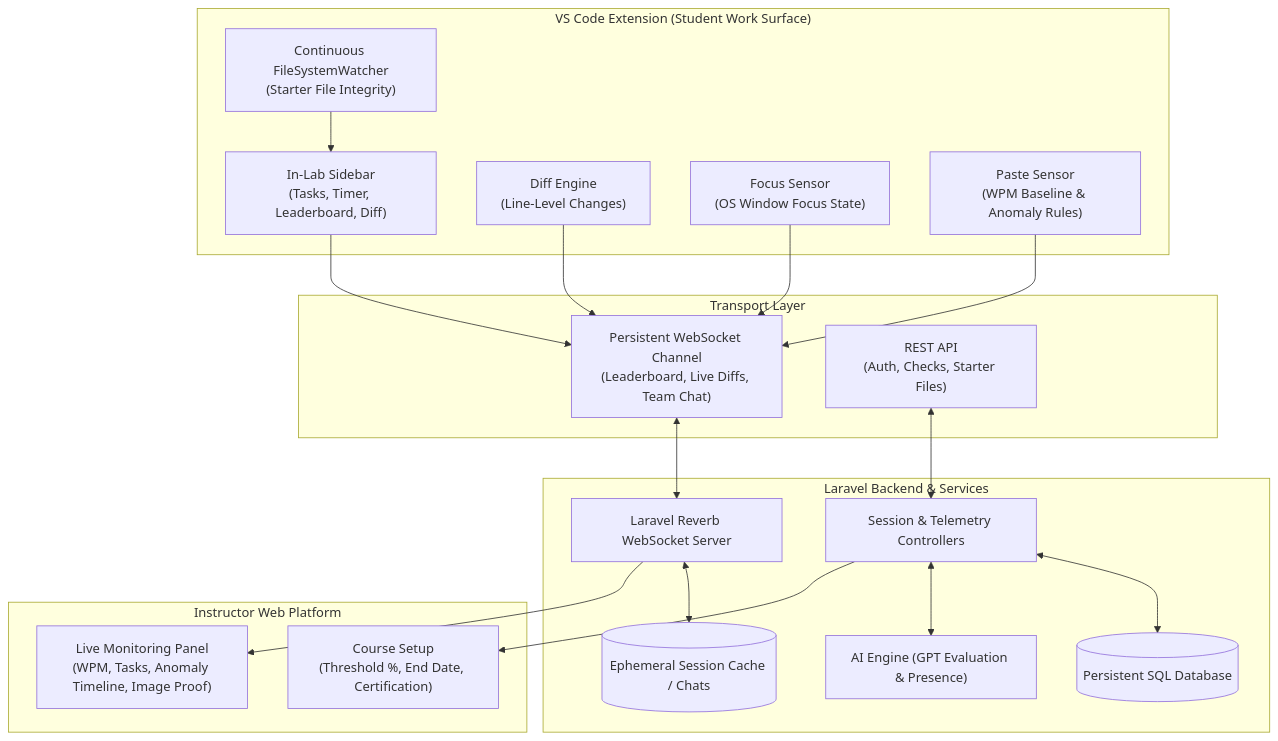
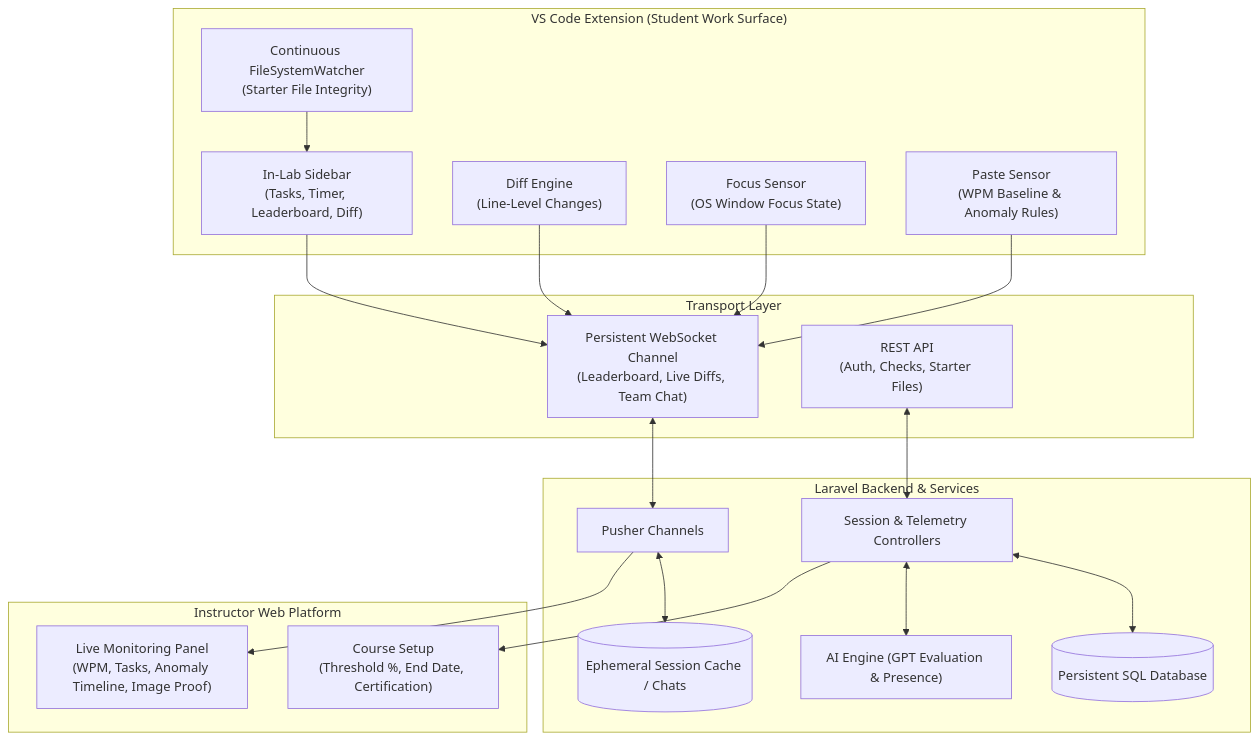
Before and after one commit to vhengie02/Certicode-Labs: the diagram in TODO.md, drawn with Mermaid. The commit also changed 104 other files, not shown here.

````diff
--- a/TODO.md
+++ b/TODO.md
@@ -526,42 +526,42 @@
 ```mermaid
 flowchart TD
     subgraph Client ["VS Code Extension (Student Work Surface)"]
         Sidebar["In-Lab Sidebar<br/>(Tasks, Timer, Leaderboard, Diff)"]
         Watcher["Continuous FileSystemWatcher<br/>(Starter File Integrity)"]
         DiffEngine["Diff Engine<br/>(Line-Level Changes)"]
         FocusSensor["Focus Sensor<br/>(OS Window Focus State)"]
         PasteSensor["Paste Sensor<br/>(WPM Baseline & Anomaly Rules)"]
     end
 
     subgraph Transport ["Transport Layer"]
         WS["Persistent WebSocket Channel<br/>(Leaderboard, Live Diffs, Team Chat)"]
         REST["REST API<br/>(Auth, Checks, Starter Files)"]
     end
 
     subgraph Backend ["Laravel Backend & Services"]
-        Reverb["Laravel Reverb WebSocket Server"]
+        Pusher["Pusher Channels"]
         Controllers["Session & Telemetry Controllers"]
         AIService["AI Engine (GPT Evaluation & Presence)"]
         DB[(Persistent SQL Database)]
         Ephemeral[(Ephemeral Session Cache / Chats)]
     end
 
     subgraph Instructor ["Instructor Web Platform"]
         Monitor["Live Monitoring Panel<br/>(WPM, Tasks, Anomaly Timeline, Image Proof)"]
         CourseSettings["Course Setup<br/>(Threshold %, End Date, Certification)"]
     end
 
     Sidebar --> WS
     DiffEngine --> WS
     FocusSensor --> WS
     PasteSensor --> WS
     Watcher --> Sidebar
     
-    WS <--> Reverb
+    WS <--> Pusher
     REST <--> Controllers
-    Reverb <--> Ephemeral
+    Pusher <--> Ephemeral
     Controllers <--> DB
     Controllers <--> AIService
-    Reverb --> Monitor
+    Pusher --> Monitor
     Controllers --> CourseSettings
 ```
````
